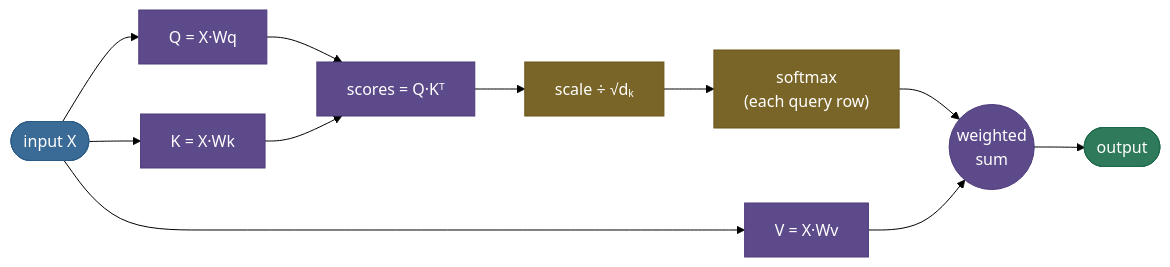
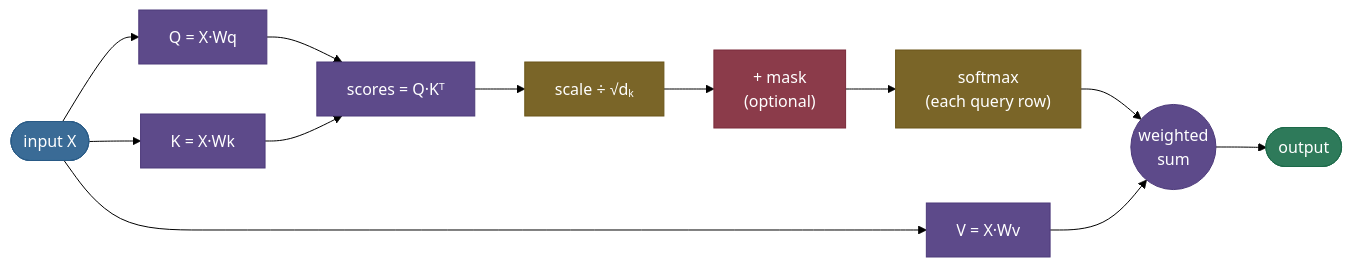
Before and after one commit to sudhir13s/AI-ML-learning-resources: the second of 5 diagrams in 05. Deep_Learning/concepts/15-Attention-Mechanism.md, drawn with Mermaid (forest theme). The commit also changed other lines of this file and 5 other files, not shown here.

````diff
--- a/05. Deep_Learning/concepts/15-Attention-Mechanism.md
+++ b/05. Deep_Learning/concepts/15-Attention-Mechanism.md
@@ -159,18 +90,20 @@
 ```mermaid
 graph LR
     X(["input X"]):::data --> Q["Q = X·Wq"]:::process
     X --> K["K = X·Wk"]:::process
     X --> V["V = X·Wv"]:::process
     Q --> S["scores = Q·Kᵀ"]:::process
     K --> S
     S --> SC["scale ÷ √dₖ"]:::amber
-    SC --> SM["softmax<br/>(each query row)"]:::amber
+    SC --> MK["+ mask<br/>(optional)"]:::danger
+    MK --> SM["softmax<br/>(each query row)"]:::amber
     SM --> WS(("weighted<br/>sum")):::process
     V --> WS
     WS --> O(["output"]):::out
 
     classDef data fill:#3A6B96,stroke:#2A5B86,color:#fff
     classDef process fill:#5D4A8A,stroke:#4D3A7A,color:#fff
     classDef amber fill:#7A6528,stroke:#6A5518,color:#fff
+    classDef danger fill:#8B3B4A,stroke:#7B2B3A,color:#fff
     classDef out fill:#2E7A5A,stroke:#1E6A4A,color:#fff
 ```
````
